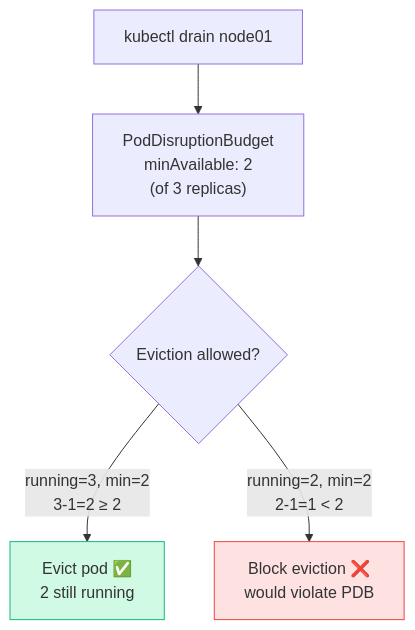
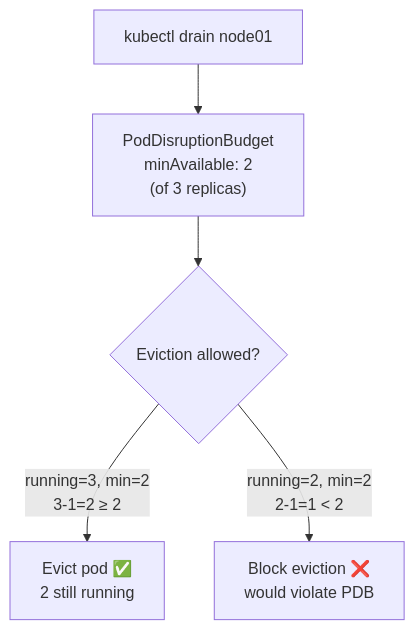
One commit to Gautam4424/k8slearn-content changed the fourth of 5 diagrams in content/cka/11-cluster-maintenance-drain-upgrade-etcd-backup/overview/overview.md. Above: the diagram before and after it, drawn with Mermaid. The commit also changed other lines of this file and 40 other files, not shown here.

Commit message:
chore: fix mermaid style regex

````diff
--- a/content/cka/11-cluster-maintenance-drain-upgrade-etcd-backup/overview/overview.md
+++ b/content/cka/11-cluster-maintenance-drain-upgrade-etcd-backup/overview/overview.md
@@ -359,15 +353,12 @@
 ```mermaid
 flowchart TD
     DRAIN["kubectl drain node01"]
     PDB["PodDisruptionBudget\nminAvailable: 2\n(of 3 replicas)"]
     CHECK{"Eviction allowed?"}
     ALLOW["Evict pod ✅\n2 still running"]
     BLOCK["Block eviction ❌\nwould violate PDB"]
 
     DRAIN --> PDB --> CHECK
     CHECK -->|"running=3, min=2\n3-1=2 ≥ 2"| ALLOW
     CHECK -->|"running=2, min=2\n2-1=1 < 2"| BLOCK
-
-    style ALLOW fill:#d1fae5,stroke:#10b981
-    style BLOCK fill:#fee2e2,stroke:#ef4444
 ```
````
